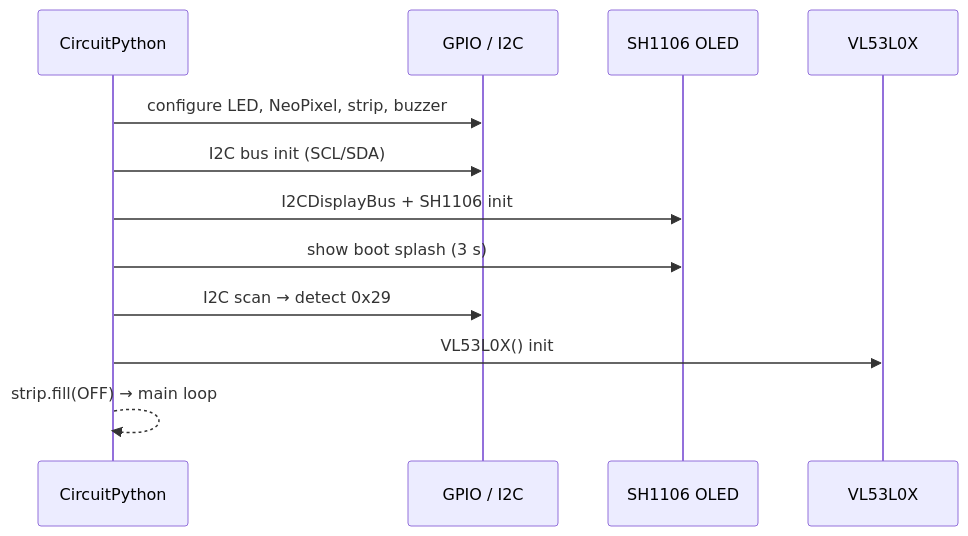
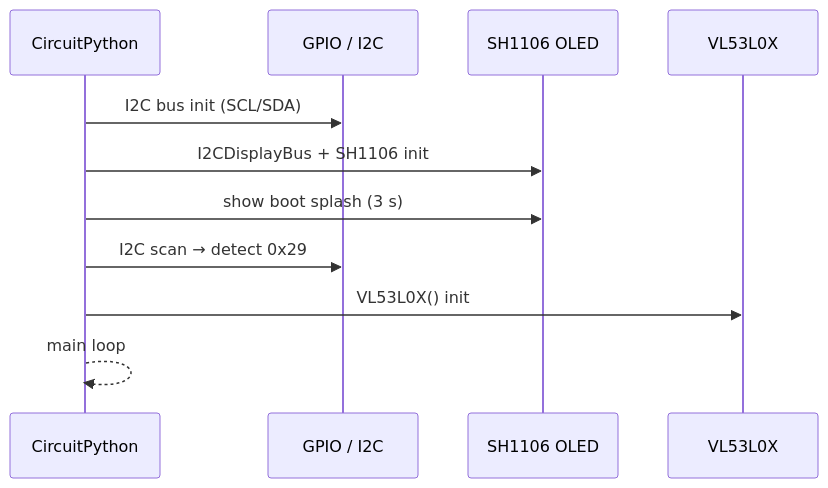
The second of 3 diagrams in docs/architecture.rst (useblocks/demo_park_assist), drawn with Mermaid before and after one commit. The commit also changed other lines of this file and 9 other files, not shown here.

Commit message:
fix: update schema ID pattern to match snake_case IDs; activate venv in terminal

```diff
--- a/docs/architecture.rst
+++ b/docs/architecture.rst
@@ -68,15 +47,14 @@
    .. mermaid::
 
       sequenceDiagram
           participant CP as CircuitPython
           participant GPIO as GPIO / I2C
           participant OLED as SH1106 OLED
           participant TOF as VL53L0X
 
-          CP->>GPIO: configure LED, NeoPixel, strip, buzzer
           CP->>GPIO: I2C bus init (SCL/SDA)
           CP->>OLED: I2CDisplayBus + SH1106 init
           CP->>OLED: show boot splash (3 s)
           CP->>GPIO: I2C scan → detect 0x29
           CP->>TOF: VL53L0X() init
-          CP-->>CP: strip.fill(OFF) → main loop
+          CP-->>CP: main loop
```
